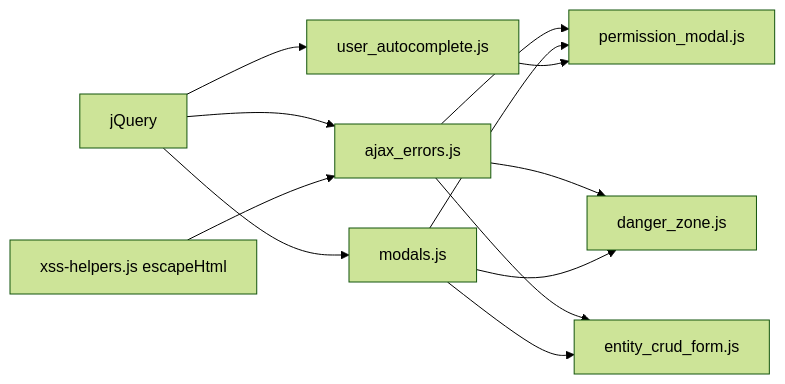
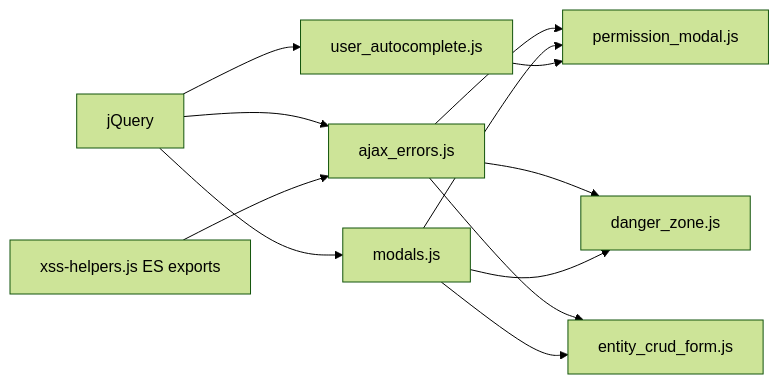
The diagram in docs/frontend-forms.md (OpenSpeleo/SpeleoDB), drawn with Mermaid (forest theme) before and after one commit. The commit also changed other lines of this file and 233 other files, not shown here.

````diff
--- a/docs/frontend-forms.md
+++ b/docs/frontend-forms.md
@@ -63,14 +67,14 @@
 ```mermaid
 flowchart LR
     jquery[jQuery] --> ac[user_autocomplete.js]
     jquery --> errors[ajax_errors.js]
     jquery --> modals[modals.js]
-    xss[xss-helpers.js escapeHtml] --> errors
+    xss[xss-helpers.js ES exports] --> errors
     errors --> danger[danger_zone.js]
     modals --> danger
     errors --> crud[entity_crud_form.js]
     modals --> crud
     errors --> perm[permission_modal.js]
     modals --> perm
     ac --> perm
 ```
````
